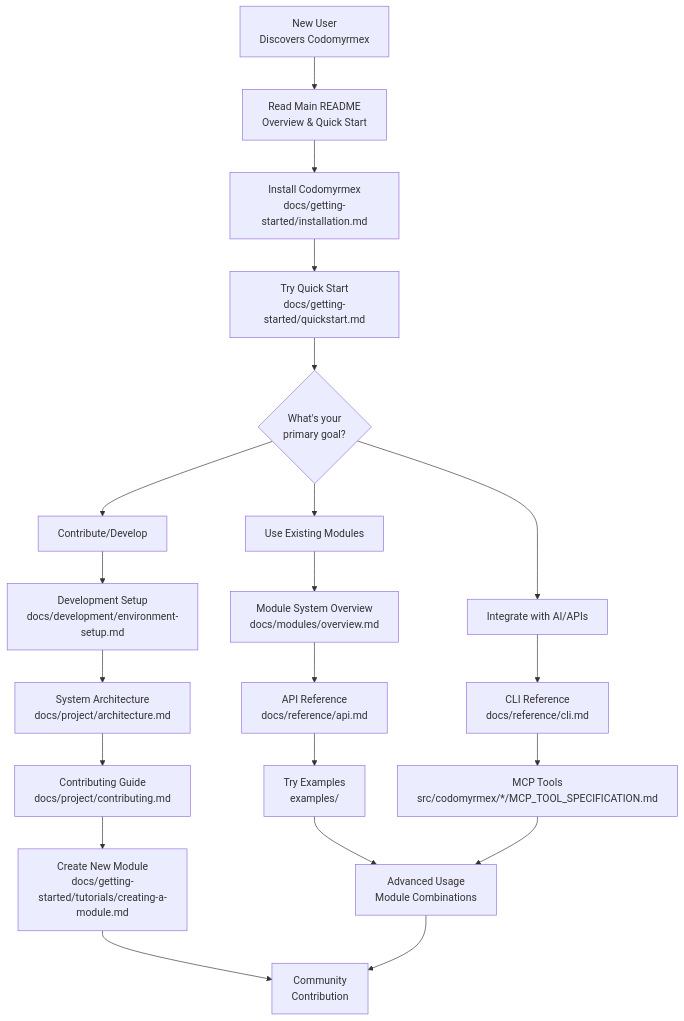
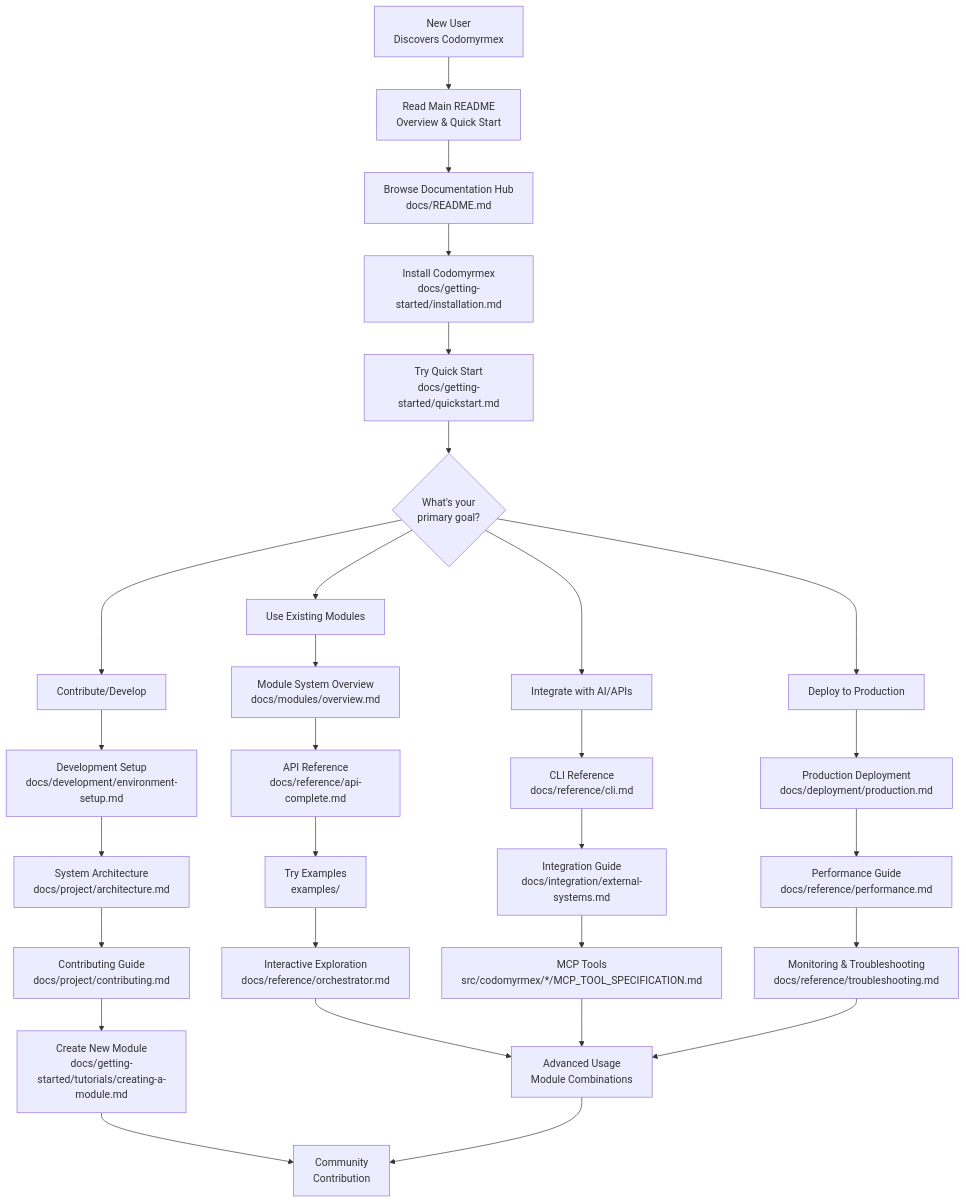
Before and after one commit to docxology/codomyrmex: the diagram in README.md, drawn with Mermaid. The commit also changed other lines of this file and 13 other files, not shown here.

````diff
--- a/README.md
+++ b/README.md
@@ -540,59 +574,77 @@
 ```mermaid
 graph TD
     Start["New User<br/>Discovers Codomyrmex"]
     
     ReadMain["Read Main README<br/>Overview & Quick Start"]
+    DocsHub["Browse Documentation Hub<br/>docs/README.md"]
     Install["Install Codomyrmex<br/>docs/getting-started/installation.md"]
     QuickStart["Try Quick Start<br/>docs/getting-started/quickstart.md"]
     
     Decision{What's your<br/>primary goal?}
     
     UseModules["Use Existing Modules"]
     Develop["Contribute/Develop"]
     Integrate["Integrate with AI/APIs"]
+    Deploy["Deploy to Production"]
     
     %% Use Modules Path
     ModuleOverview["Module System Overview<br/>docs/modules/overview.md"]
-    APIReference["API Reference<br/>docs/reference/api.md"]
+    APIReference["API Reference<br/>docs/reference/api-complete.md"]
     Examples["Try Examples<br/>examples/"]
+    Interactive["Interactive Exploration<br/>docs/reference/orchestrator.md"]
     
     %% Development Path
     DevSetup["Development Setup<br/>docs/development/environment-setup.md"]
     Architecture["System Architecture<br/>docs/project/architecture.md"]
     Contributing["Contributing Guide<br/>docs/project/contributing.md"]
     CreateModule["Create New Module<br/>docs/getting-started/tutorials/creating-a-module.md"]
     
     %% Integration Path
     CLIRef["CLI Reference<br/>docs/reference/cli.md"]
+    IntegrationGuide["Integration Guide<br/>docs/integration/external-systems.md"]
     MCPTools["MCP Tools<br/>src/codomyrmex/*/MCP_TOOL_SPECIFICATION.md"]
+
+    %% Deployment Path
+    Production["Production Deployment<br/>docs/deployment/production.md"]
+    Performance["Performance Guide<br/>docs/reference/performance.md"]
+    Monitoring["Monitoring & Troubleshooting<br/>docs/reference/troubleshooting.md"]
     
     %% Advanced Usage
     Advanced["Advanced Usage<br/>Module Combinations"]
     Community["Community<br/>Contribution"]
     
     Start --> ReadMain
-    ReadMain --> Install
+    ReadMain --> DocsHub
+    DocsHub --> Install
     Install --> QuickStart
     QuickStart --> Decision
     
     Decision --> UseModules
     Decision --> Develop
     Decision --> Integrate
+    Decision --> Deploy
     
     UseModules --> ModuleOverview
     ModuleOverview --> APIReference
     APIReference --> Examples
-    Examples --> Advanced
+    Examples --> Interactive
+    Interactive --> Advanced
     
     Develop --> DevSetup
     DevSetup --> Architecture
     Architecture --> Contributing
     Contributing --> CreateModule
     CreateModule --> Community
     
     Integrate --> CLIRef
-    CLIRef --> MCPTools
+    CLIRef --> IntegrationGuide
+    IntegrationGuide --> MCPTools
     MCPTools --> Advanced
+
+    Deploy --> Production
+    Production --> Performance
+    Performance --> Monitoring
+    Monitoring --> Advanced
     
     Advanced --> Community
 ```
````
